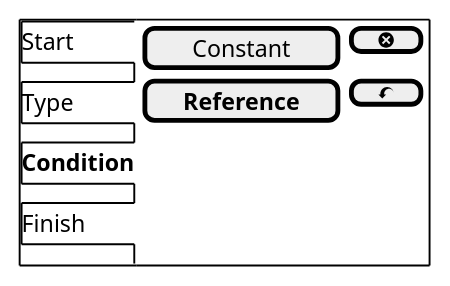
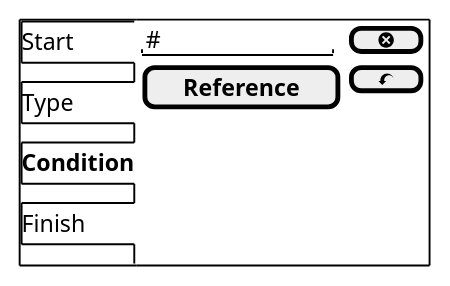
Before and after one commit to iteratecode/.github: the diagram in images/iterate-flow-control-condition.plantuml, drawn with PlantUML. The commit also changed 1 other file, not shown here.

```diff
--- a/images/iterate-flow-control-condition.plantuml
+++ b/images/iterate-flow-control-condition.plantuml
@@ -1,12 +1,12 @@
 @startsalt
 {+
 {/ Start
 Type
 <b>Condition
 Finish } |
 {
-  [Constant    ] | [ <&circle-x> ]
+  "#           " | [ <&circle-x> ]
   [<b>Reference   ] | [ <&action-undo> ]
 }
 }
 @endsalt
```
